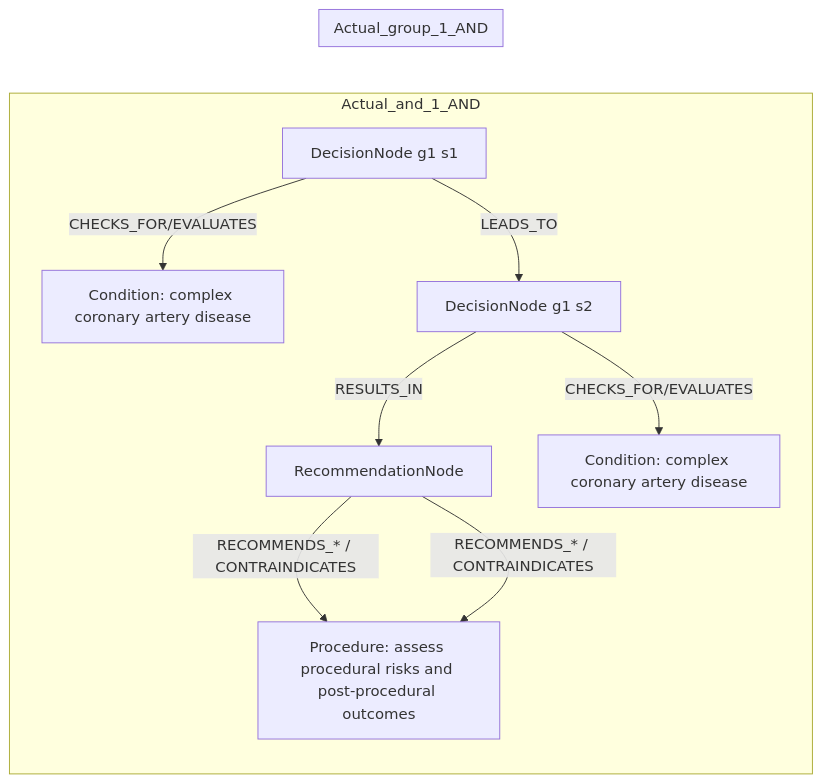
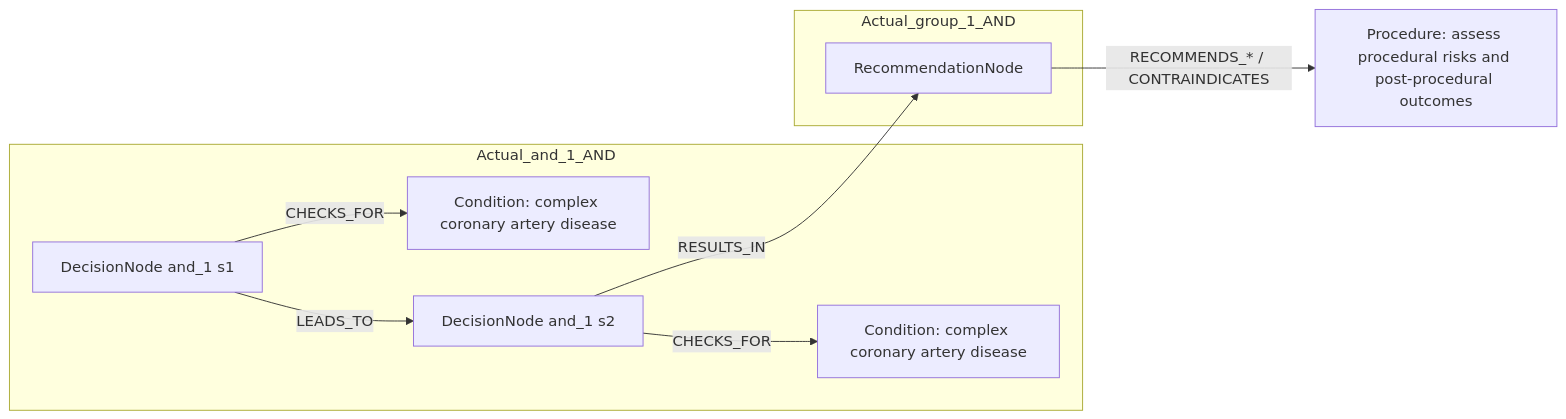
One commit to dieterich-lab/CardioGuidelinesGraph changed the second of 2 diagrams in docs/table22_rows/row_18.md. Above: the diagram before and after it, drawn with Mermaid. The commit also changed other lines of this file and 18 other files, not shown here.

Commit message:
Update mermaid diagrams.

````diff
--- a/docs/table22_rows/row_18.md
+++ b/docs/table22_rows/row_18.md
@@ -184,22 +175,19 @@
 ```mermaid
 graph LR
+  REC[RecommendationNode]
+  ACT1[Procedure: assess procedural risks and post-procedural outcomes]
+  REC -->|RECOMMENDS_* / CONTRAINDICATES| ACT1
   subgraph Actual_and_1_AND
-    REC[RecommendationNode]
-    D1[DecisionNode g1 s1]
-    C1[Condition: complex coronary artery disease]
-    D1 -->|CHECKS_FOR/EVALUATES| C1
-    D2[DecisionNode g1 s2]
-    C2[Condition: complex coronary artery disease]
-    D2 -->|CHECKS_FOR/EVALUATES| C2
-    D1 -->|LEADS_TO| D2
-    D2 -->|RESULTS_IN| REC
-    ACT1[Procedure: assess procedural risks and post-procedural outcomes]
-    REC -->|RECOMMENDS_* / CONTRAINDICATES| ACT1
+    D_and_1_1[DecisionNode and_1 s1]
+    C_and_1_1[Condition: complex coronary artery disease]
+    D_and_1_1 -->|CHECKS_FOR| C_and_1_1
+    D_and_1_2[DecisionNode and_1 s2]
+    C_and_1_2[Condition: complex coronary artery disease]
+    D_and_1_2 -->|CHECKS_FOR| C_and_1_2
+    D_and_1_1 -->|LEADS_TO| D_and_1_2
   end
   subgraph Actual_group_1_AND
-    REC[RecommendationNode]
     REC
-    ACT1[Procedure: assess procedural risks and post-procedural outcomes]
-    REC -->|RECOMMENDS_* / CONTRAINDICATES| ACT1
   end
+  D_and_1_2 -->|RESULTS_IN| REC
 ```
````
